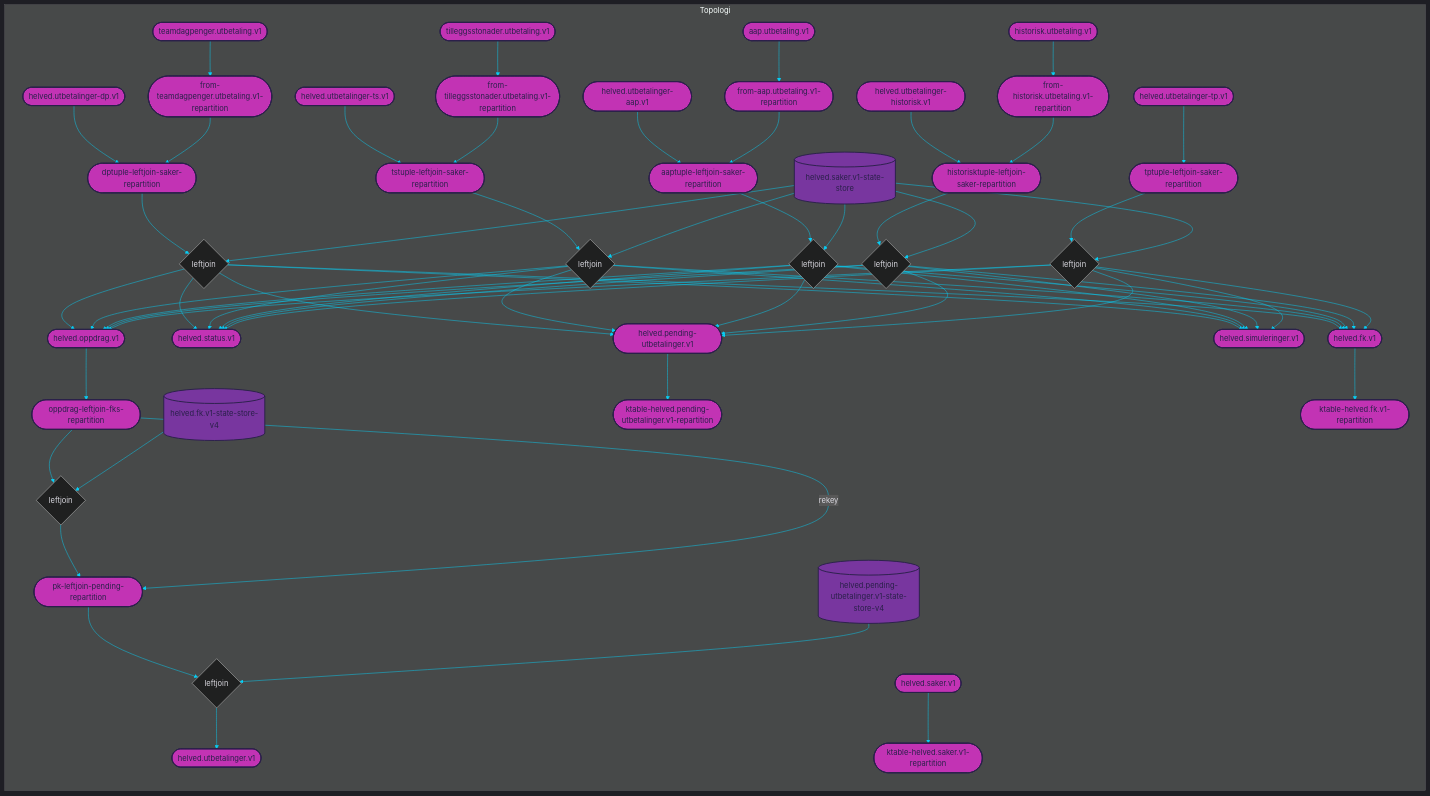
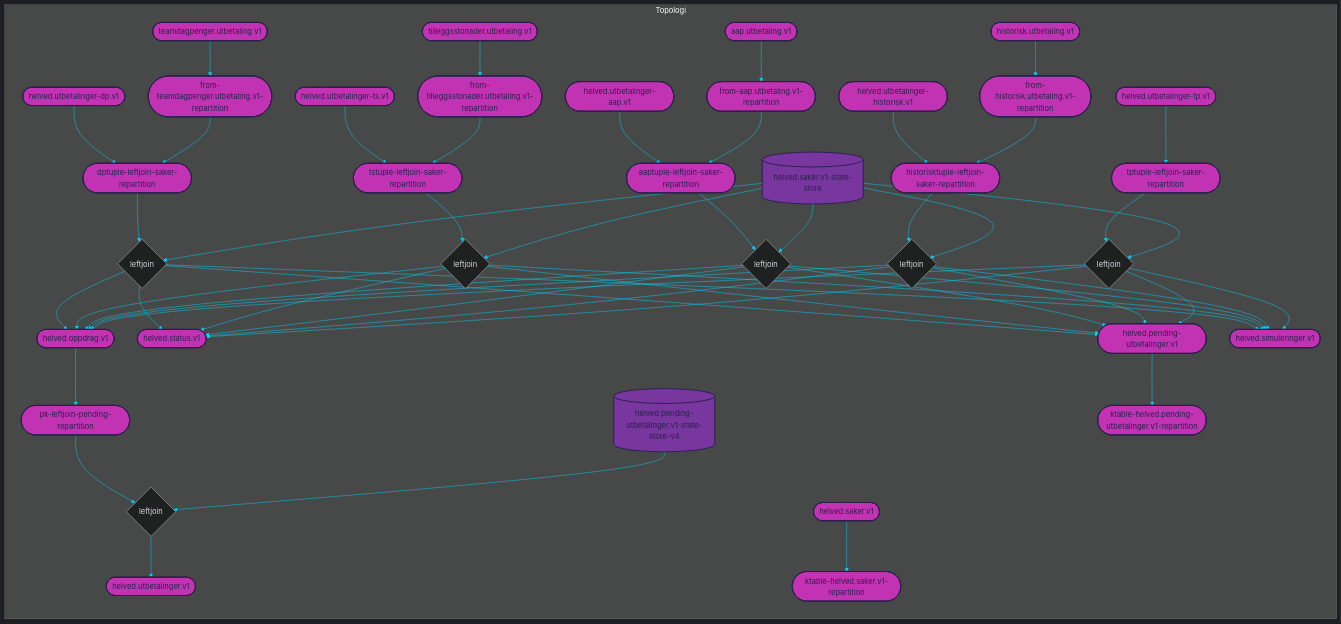
Before and after one commit to navikt/helved-utbetaling: the diagram in dokumentasjon/abetal.mmd, drawn with Mermaid. The commit also changed 47 other files, not shown here.

```diff
--- a/dokumentasjon/abetal.mmd
+++ b/dokumentasjon/abetal.mmd
@@ -1,181 +1,163 @@
 
 %%{init: {'theme': 'dark', 'themeVariables': { 'primaryColor': '#07cff6', 'textColor': '#dad9e0', 'lineColor': '#07cff6'}}}%%
 
 graph LR
 
 subgraph Topologi
     %% TOPICS
     helved.pending-utbetalinger.v1([helved.pending-utbetalinger.v1])
 	ktable-helved.pending-utbetalinger.v1-repartition([ktable-helved.pending-utbetalinger.v1-repartition])
 	pk-leftjoin-pending-repartition([pk-leftjoin-pending-repartition])
 	helved.utbetalinger.v1([helved.utbetalinger.v1])
 	helved.saker.v1([helved.saker.v1])
 	ktable-helved.saker.v1-repartition([ktable-helved.saker.v1-repartition])
 	dptuple-leftjoin-saker-repartition([dptuple-leftjoin-saker-repartition])
 	tstuple-leftjoin-saker-repartition([tstuple-leftjoin-saker-repartition])
 	aaptuple-leftjoin-saker-repartition([aaptuple-leftjoin-saker-repartition])
 	historisktuple-leftjoin-saker-repartition([historisktuple-leftjoin-saker-repartition])
 	tptuple-leftjoin-saker-repartition([tptuple-leftjoin-saker-repartition])
 	helved.status.v1([helved.status.v1])
 	helved.simuleringer.v1([helved.simuleringer.v1])
 	helved.oppdrag.v1([helved.oppdrag.v1])
-	helved.fk.v1([helved.fk.v1])
-	ktable-helved.fk.v1-repartition([ktable-helved.fk.v1-repartition])
-	oppdrag-leftjoin-fks-repartition([oppdrag-leftjoin-fks-repartition])
 	teamdagpenger.utbetaling.v1([teamdagpenger.utbetaling.v1])
 	from-teamdagpenger.utbetaling.v1-repartition([from-teamdagpenger.utbetaling.v1-repartition])
 	helved.utbetalinger-dp.v1([helved.utbetalinger-dp.v1])
 	aap.utbetaling.v1([aap.utbetaling.v1])
 	from-aap.utbetaling.v1-repartition([from-aap.utbetaling.v1-repartition])
 	helved.utbetalinger-aap.v1([helved.utbetalinger-aap.v1])
 	tilleggsstonader.utbetaling.v1([tilleggsstonader.utbetaling.v1])
 	from-tilleggsstonader.utbetaling.v1-repartition([from-tilleggsstonader.utbetaling.v1-repartition])
 	helved.utbetalinger-ts.v1([helved.utbetalinger-ts.v1])
 	helved.utbetalinger-tp.v1([helved.utbetalinger-tp.v1])
 	historisk.utbetaling.v1([historisk.utbetaling.v1])
 	from-historisk.utbetaling.v1-repartition([from-historisk.utbetaling.v1-repartition])
 	helved.utbetalinger-historisk.v1([helved.utbetalinger-historisk.v1])
 
     %% JOINS
     pk-leftjoin-pending{leftjoin}
 	dptuple-leftjoin-saker{leftjoin}
 	tstuple-leftjoin-saker{leftjoin}
 	aaptuple-leftjoin-saker{leftjoin}
 	historisktuple-leftjoin-saker{leftjoin}
 	tptuple-leftjoin-saker{leftjoin}
-	oppdrag-leftjoin-fks{leftjoin}
 
     %% STATE PROCESSORS
     
     
     %% STATE STORES
     helved.pending-utbetalinger.v1-state-store-v4[(helved.pending-utbetalinger.v1-state-store-v4)]
 	helved.saker.v1-state-store[(helved.saker.v1-state-store)]
-	helved.fk.v1-state-store-v4[(helved.fk.v1-state-store-v4)]
     
     %% DATABASES
     
     
 
     %% PROCESSOR API JOBS
     
     
     %% JOIN STREAMS
     pk-leftjoin-pending-repartition --> pk-leftjoin-pending
 	helved.pending-utbetalinger.v1-state-store-v4 --> pk-leftjoin-pending
 	pk-leftjoin-pending --> helved.utbetalinger.v1
 	dptuple-leftjoin-saker-repartition --> dptuple-leftjoin-saker
 	helved.saker.v1-state-store --> dptuple-leftjoin-saker
 	dptuple-leftjoin-saker --> helved.status.v1
 	dptuple-leftjoin-saker --> helved.oppdrag.v1
+	dptuple-leftjoin-saker --> helved.simuleringer.v1
 	dptuple-leftjoin-saker --> helved.pending-utbetalinger.v1
-	dptuple-leftjoin-saker --> helved.simuleringer.v1
-	dptuple-leftjoin-saker --> helved.fk.v1
 	tstuple-leftjoin-saker-repartition --> tstuple-leftjoin-saker
 	helved.saker.v1-state-store --> tstuple-leftjoin-saker
 	tstuple-leftjoin-saker --> helved.pending-utbetalinger.v1
-	tstuple-leftjoin-saker --> helved.fk.v1
+	tstuple-leftjoin-saker --> helved.status.v1
 	tstuple-leftjoin-saker --> helved.simuleringer.v1
-	tstuple-leftjoin-saker --> helved.status.v1
 	tstuple-leftjoin-saker --> helved.oppdrag.v1
 	aaptuple-leftjoin-saker-repartition --> aaptuple-leftjoin-saker
 	helved.saker.v1-state-store --> aaptuple-leftjoin-saker
+	aaptuple-leftjoin-saker --> helved.pending-utbetalinger.v1
+	aaptuple-leftjoin-saker --> helved.simuleringer.v1
 	aaptuple-leftjoin-saker --> helved.status.v1
 	aaptuple-leftjoin-saker --> helved.oppdrag.v1
-	aaptuple-leftjoin-saker --> helved.pending-utbetalinger.v1
-	aaptuple-leftjoin-saker --> helved.fk.v1
-	aaptuple-leftjoin-saker --> helved.simuleringer.v1
 	historisktuple-leftjoin-saker-repartition --> historisktuple-leftjoin-saker
 	helved.saker.v1-state-store --> historisktuple-leftjoin-saker
 	historisktuple-leftjoin-saker --> helved.status.v1
 	historisktuple-leftjoin-saker --> helved.oppdrag.v1
 	historisktuple-leftjoin-saker --> helved.pending-utbetalinger.v1
 	historisktuple-leftjoin-saker --> helved.simuleringer.v1
-	historisktuple-leftjoin-saker --> helved.fk.v1
 	tptuple-leftjoin-saker-repartition --> tptuple-leftjoin-saker
 	helved.saker.v1-state-store --> tptuple-leftjoin-saker
+	tptuple-leftjoin-saker --> helved.pending-utbetalinger.v1
 	tptuple-leftjoin-saker --> helved.simuleringer.v1
 	tptuple-leftjoin-saker --> helved.status.v1
 	tptuple-leftjoin-saker --> helved.oppdrag.v1
-	tptuple-leftjoin-saker --> helved.pending-utbetalinger.v1
-	tptuple-leftjoin-saker --> helved.fk.v1
-	oppdrag-leftjoin-fks-repartition --> oppdrag-leftjoin-fks
-	helved.fk.v1-state-store-v4 --> oppdrag-leftjoin-fks
-	oppdrag-leftjoin-fks --> pk-leftjoin-pending-repartition
 
     %% TABLE STREAMS
     
 
     %% JOB STREAMS
     
     
     %% BRANCH STREAMS
     
 
     %% REPARTITION STREAMS
-    oppdrag-leftjoin-fks-repartition --> |rekey| pk-leftjoin-pending-repartition
+    
     
     %% BASIC STREAMS
     helved.pending-utbetalinger.v1 --> ktable-helved.pending-utbetalinger.v1-repartition
 	helved.saker.v1 --> ktable-helved.saker.v1-repartition
-	helved.fk.v1 --> ktable-helved.fk.v1-repartition
 	teamdagpenger.utbetaling.v1 --> from-teamdagpenger.utbetaling.v1-repartition
 	helved.utbetalinger-dp.v1 --> dptuple-leftjoin-saker-repartition
 	from-teamdagpenger.utbetaling.v1-repartition --> dptuple-leftjoin-saker-repartition
 	aap.utbetaling.v1 --> from-aap.utbetaling.v1-repartition
 	helved.utbetalinger-aap.v1 --> aaptuple-leftjoin-saker-repartition
 	from-aap.utbetaling.v1-repartition --> aaptuple-leftjoin-saker-repartition
 	tilleggsstonader.utbetaling.v1 --> from-tilleggsstonader.utbetaling.v1-repartition
 	helved.utbetalinger-ts.v1 --> tstuple-leftjoin-saker-repartition
 	from-tilleggsstonader.utbetaling.v1-repartition --> tstuple-leftjoin-saker-repartition
 	helved.utbetalinger-tp.v1 --> tptuple-leftjoin-saker-repartition
 	historisk.utbetaling.v1 --> from-historisk.utbetaling.v1-repartition
 	helved.utbetalinger-historisk.v1 --> historisktuple-leftjoin-saker-repartition
 	from-historisk.utbetaling.v1-repartition --> historisktuple-leftjoin-saker-repartition
-	helved.oppdrag.v1 --> oppdrag-leftjoin-fks-repartition
+	helved.oppdrag.v1 --> pk-leftjoin-pending-repartition
     
     %% CUSTOM PROCESS STREAMS
     
 end
 
 %% COLORS
 %% light    #dad9e0
 %% purple   #78369f
 %% pink     #c233b4
 %% dark     #2a204a
 %% blue     #07cff6
 
 %% STYLES
 style helved.pending-utbetalinger.v1 fill:#c233b4, stroke:#2a204a, stroke-width:2px, color:#2a204a
 style ktable-helved.pending-utbetalinger.v1-repartition fill:#c233b4, stroke:#2a204a, stroke-width:2px, color:#2a204a
 style pk-leftjoin-pending-repartition fill:#c233b4, stroke:#2a204a, stroke-width:2px, color:#2a204a
 style helved.utbetalinger.v1 fill:#c233b4, stroke:#2a204a, stroke-width:2px, color:#2a204a
 style helved.saker.v1 fill:#c233b4, stroke:#2a204a, stroke-width:2px, color:#2a204a
 style ktable-helved.saker.v1-repartition fill:#c233b4, stroke:#2a204a, stroke-width:2px, color:#2a204a
 style dptuple-leftjoin-saker-repartition fill:#c233b4, stroke:#2a204a, stroke-width:2px, color:#2a204a
 style tstuple-leftjoin-saker-repartition fill:#c233b4, stroke:#2a204a, stroke-width:2px, color:#2a204a
 style aaptuple-leftjoin-saker-repartition fill:#c233b4, stroke:#2a204a, stroke-width:2px, color:#2a204a
 style historisktuple-leftjoin-saker-repartition fill:#c233b4, stroke:#2a204a, stroke-width:2px, color:#2a204a
 style tptuple-leftjoin-saker-repartition fill:#c233b4, stroke:#2a204a, stroke-width:2px, color:#2a204a
 style helved.status.v1 fill:#c233b4, stroke:#2a204a, stroke-width:2px, color:#2a204a
 style helved.simuleringer.v1 fill:#c233b4, stroke:#2a204a, stroke-width:2px, color:#2a204a
 style helved.oppdrag.v1 fill:#c233b4, stroke:#2a204a, stroke-width:2px, color:#2a204a
-style helved.fk.v1 fill:#c233b4, stroke:#2a204a, stroke-width:2px, color:#2a204a
-style ktable-helved.fk.v1-repartition fill:#c233b4, stroke:#2a204a, stroke-width:2px, color:#2a204a
-style oppdrag-leftjoin-fks-repartition fill:#c233b4, stroke:#2a204a, stroke-width:2px, color:#2a204a
 style teamdagpenger.utbetaling.v1 fill:#c233b4, stroke:#2a204a, stroke-width:2px, color:#2a204a
 style from-teamdagpenger.utbetaling.v1-repartition fill:#c233b4, stroke:#2a204a, stroke-width:2px, color:#2a204a
 style helved.utbetalinger-dp.v1 fill:#c233b4, stroke:#2a204a, stroke-width:2px, color:#2a204a
 style aap.utbetaling.v1 fill:#c233b4, stroke:#2a204a, stroke-width:2px, color:#2a204a
 style from-aap.utbetaling.v1-repartition fill:#c233b4, stroke:#2a204a, stroke-width:2px, color:#2a204a
 style helved.utbetalinger-aap.v1 fill:#c233b4, stroke:#2a204a, stroke-width:2px, color:#2a204a
 style tilleggsstonader.utbetaling.v1 fill:#c233b4, stroke:#2a204a, stroke-width:2px, color:#2a204a
 style from-tilleggsstonader.utbetaling.v1-repartition fill:#c233b4, stroke:#2a204a, stroke-width:2px, color:#2a204a
 style helved.utbetalinger-ts.v1 fill:#c233b4, stroke:#2a204a, stroke-width:2px, color:#2a204a
 style helved.utbetalinger-tp.v1 fill:#c233b4, stroke:#2a204a, stroke-width:2px, color:#2a204a
 style historisk.utbetaling.v1 fill:#c233b4, stroke:#2a204a, stroke-width:2px, color:#2a204a
 style from-historisk.utbetaling.v1-repartition fill:#c233b4, stroke:#2a204a, stroke-width:2px, color:#2a204a
 style helved.utbetalinger-historisk.v1 fill:#c233b4, stroke:#2a204a, stroke-width:2px, color:#2a204a
 style helved.pending-utbetalinger.v1-state-store-v4 fill:#78369f, stroke:#2a204a, stroke-width:2px, color:#2a204a
 style helved.saker.v1-state-store fill:#78369f, stroke:#2a204a, stroke-width:2px, color:#2a204a
-style helved.fk.v1-state-store-v4 fill:#78369f, stroke:#2a204a, stroke-width:2px, color:#2a204a
```
